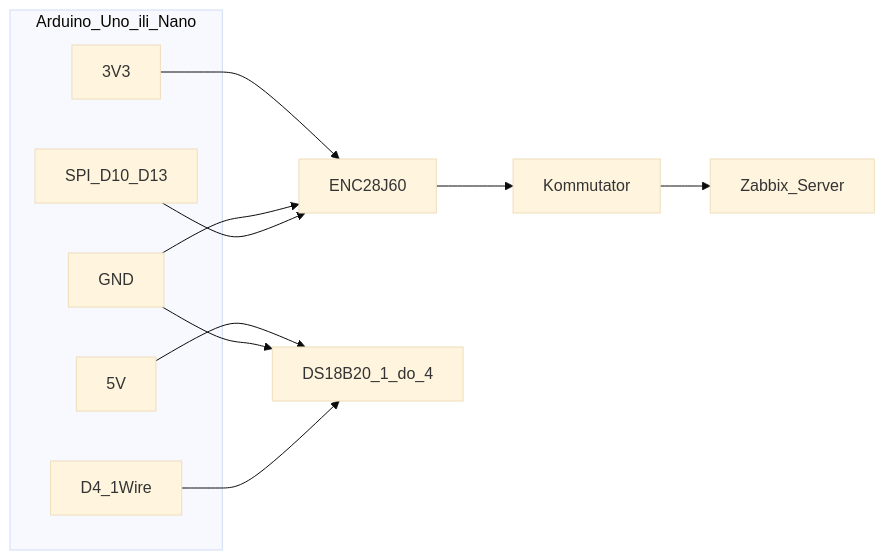
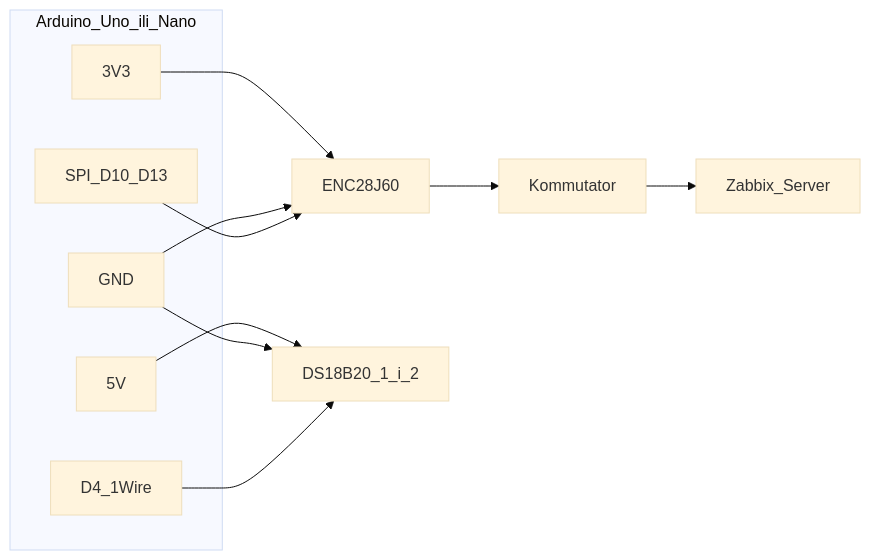
One commit to xxxproms/zabbix_sensor changed the first of 3 diagrams in firmware/SCHEMA_I_SOEDINENIYA.md. Above: the diagram before and after it, drawn with Mermaid (base theme). The commit also changed other lines of this file and 6 other files, not shown here.

````diff
--- a/firmware/SCHEMA_I_SOEDINENIYA.md
+++ b/firmware/SCHEMA_I_SOEDINENIYA.md
@@ -9,22 +9,22 @@
 ```mermaid
 flowchart LR
   subgraph mcu [Arduino_Uno_ili_Nano]
     V5[5V]
     V33[3V3]
     GND[GND]
     D4[D4_1Wire]
     SPI[SPI_D10_D13]
   end
   enc[ENC28J60]
-  ds[DS18B20_1_do_4]
+  ds[DS18B20_1_i_2]
   sw[Kommutator]
   zbx[Zabbix_Server]
   V5 --> ds
   GND --> ds
   D4 --> ds
   V33 --> enc
   GND --> enc
   SPI --> enc
   enc --> sw
   sw --> zbx
 ```
````
